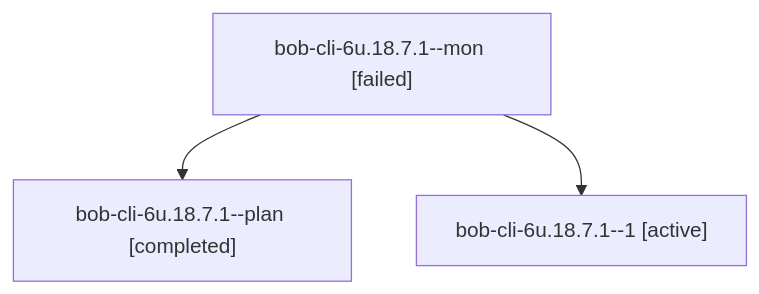
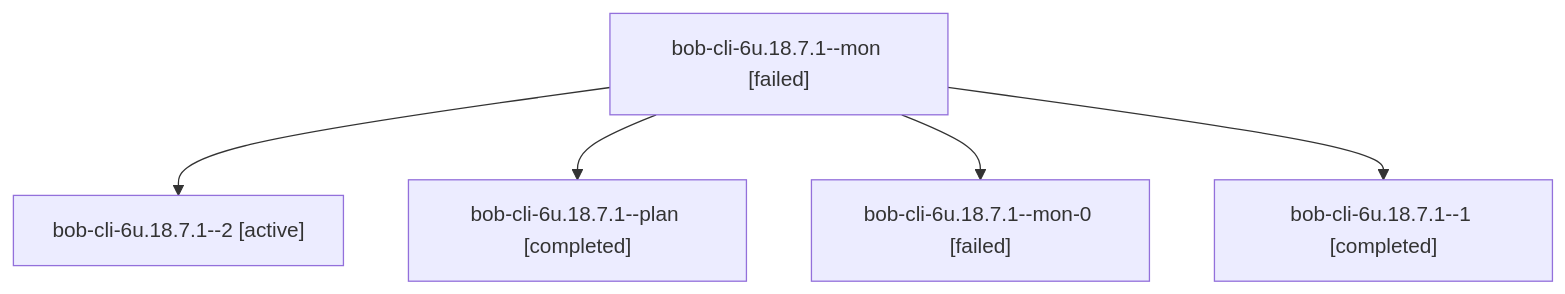
The diagram in sessions/bbugyi200.apollo.bob-cli-6u.18.7.1.md (bobs-org/bob-cli--agents), drawn with Mermaid before and after one commit. The commit also changed other lines of this file and 87 other files, not shown here.

````diff
--- a/sessions/bbugyi200.apollo.bob-cli-6u.18.7.1.md
+++ b/sessions/bbugyi200.apollo.bob-cli-6u.18.7.1.md
@@ -9,8 +9,12 @@
 ```mermaid
 flowchart TD
   n0["bob-cli-6u.18.7.1--mon [failed]"]
-  n1["bob-cli-6u.18.7.1--plan [completed]"]
+  n1["bob-cli-6u.18.7.1--2 [active]"]
   n0 --> n1
-  n2["bob-cli-6u.18.7.1--1 [active]"]
+  n2["bob-cli-6u.18.7.1--plan [completed]"]
   n0 --> n2
+  n3["bob-cli-6u.18.7.1--mon-0 [failed]"]
+  n0 --> n3
+  n4["bob-cli-6u.18.7.1--1 [completed]"]
+  n0 --> n4
 ```
````
